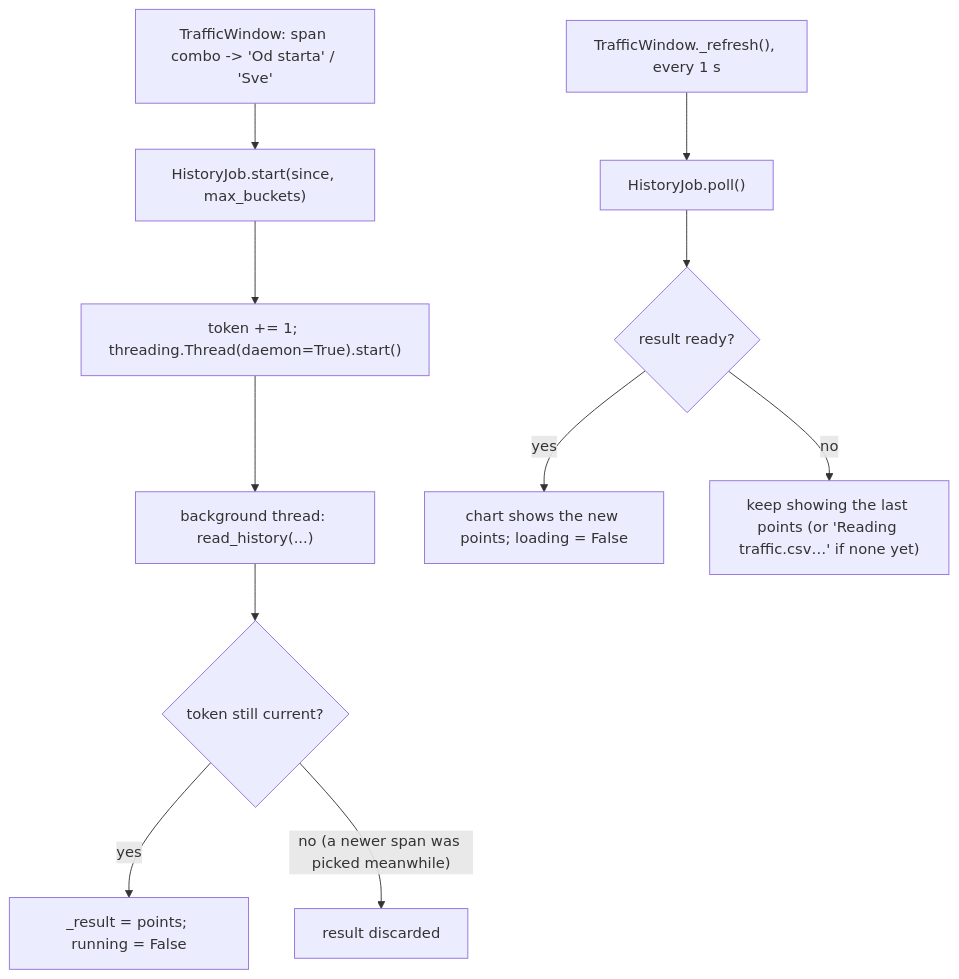
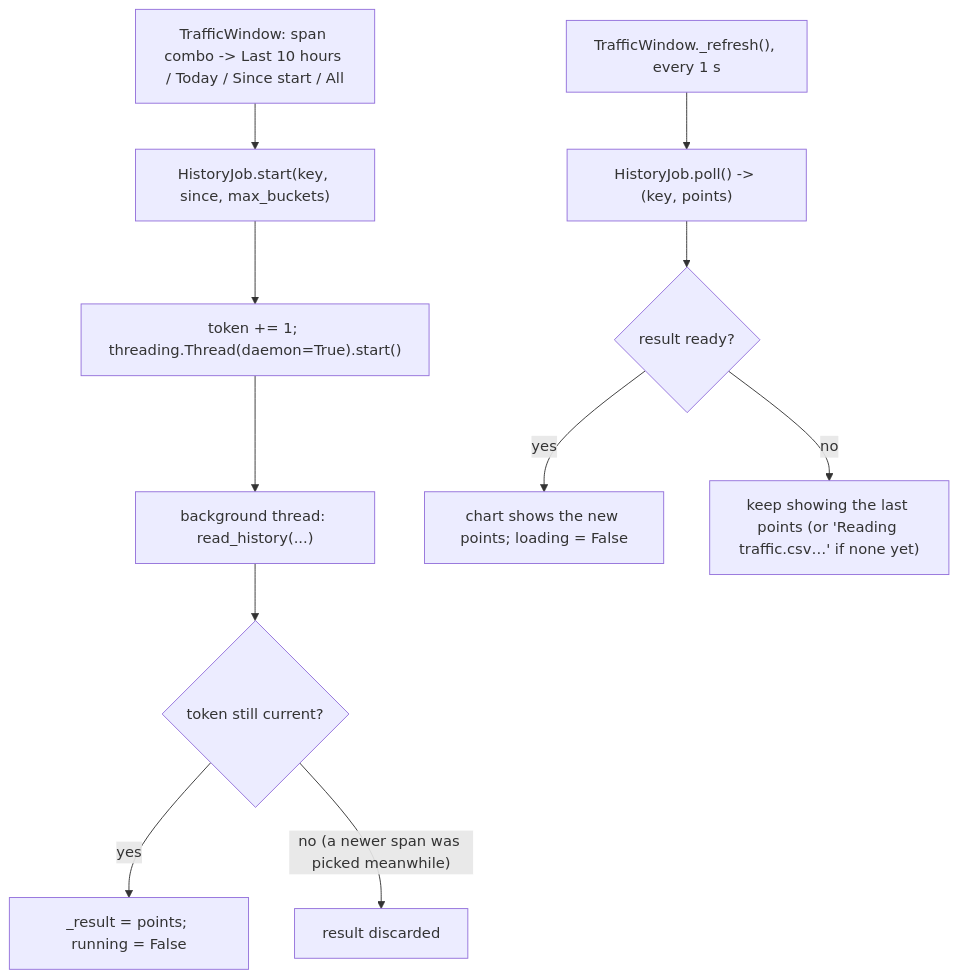
Before and after one commit to UVuruna/Remote-User: the second of 2 diagrams in server/__flow/traffic_history.md, drawn with Mermaid. The commit also changed 10 other files, not shown here.

````diff
--- a/server/__flow/traffic_history.md
+++ b/server/__flow/traffic_history.md
@@ -52,13 +52,13 @@
 ```mermaid
 flowchart TB
-    A["TrafficWindow: span combo -> 'Od starta' / 'Sve'"] --> B["HistoryJob.start(since, max_buckets)"]
+    A["TrafficWindow: span combo -> Last 10 hours / Today / Since start / All"] --> B["HistoryJob.start(key, since, max_buckets)"]
     B --> C["token += 1; threading.Thread(daemon=True).start()"]
     C --> D["background thread: read_history(...)"]
     D --> E{"token still current?"}
     E -- yes --> F["_result = points; running = False"]
     E -- no (a newer span was picked meanwhile) --> G["result discarded"]
-    H["TrafficWindow._refresh(), every 1 s"] --> I["HistoryJob.poll()"]
+    H["TrafficWindow._refresh(), every 1 s"] --> I["HistoryJob.poll() -> (key, points)"]
     I --> J{"result ready?"}
     J -- yes --> K["chart shows the new points; loading = False"]
     J -- no --> L["keep showing the last points (or 'Reading traffic.csv…' if none yet)"]
 ```
````
